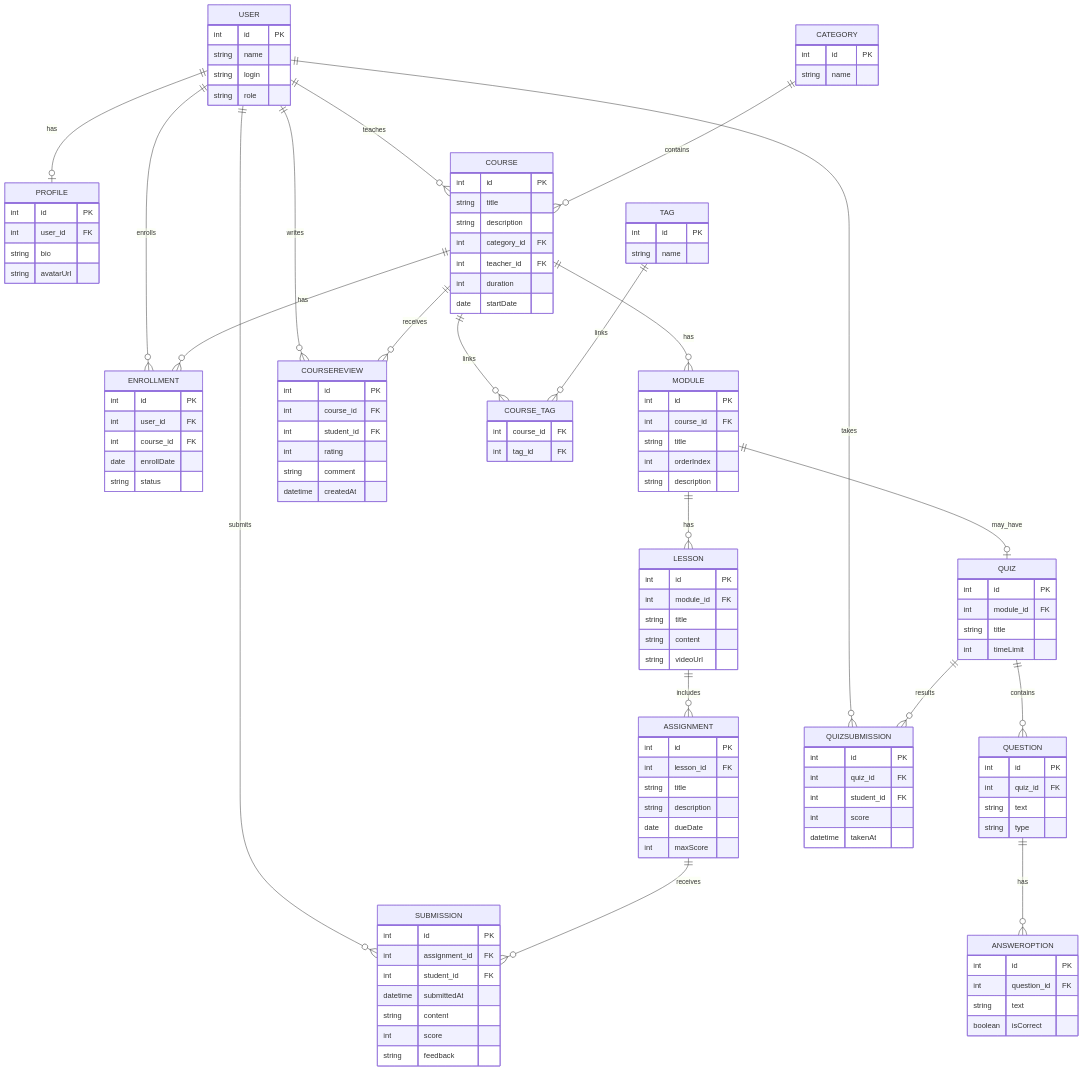
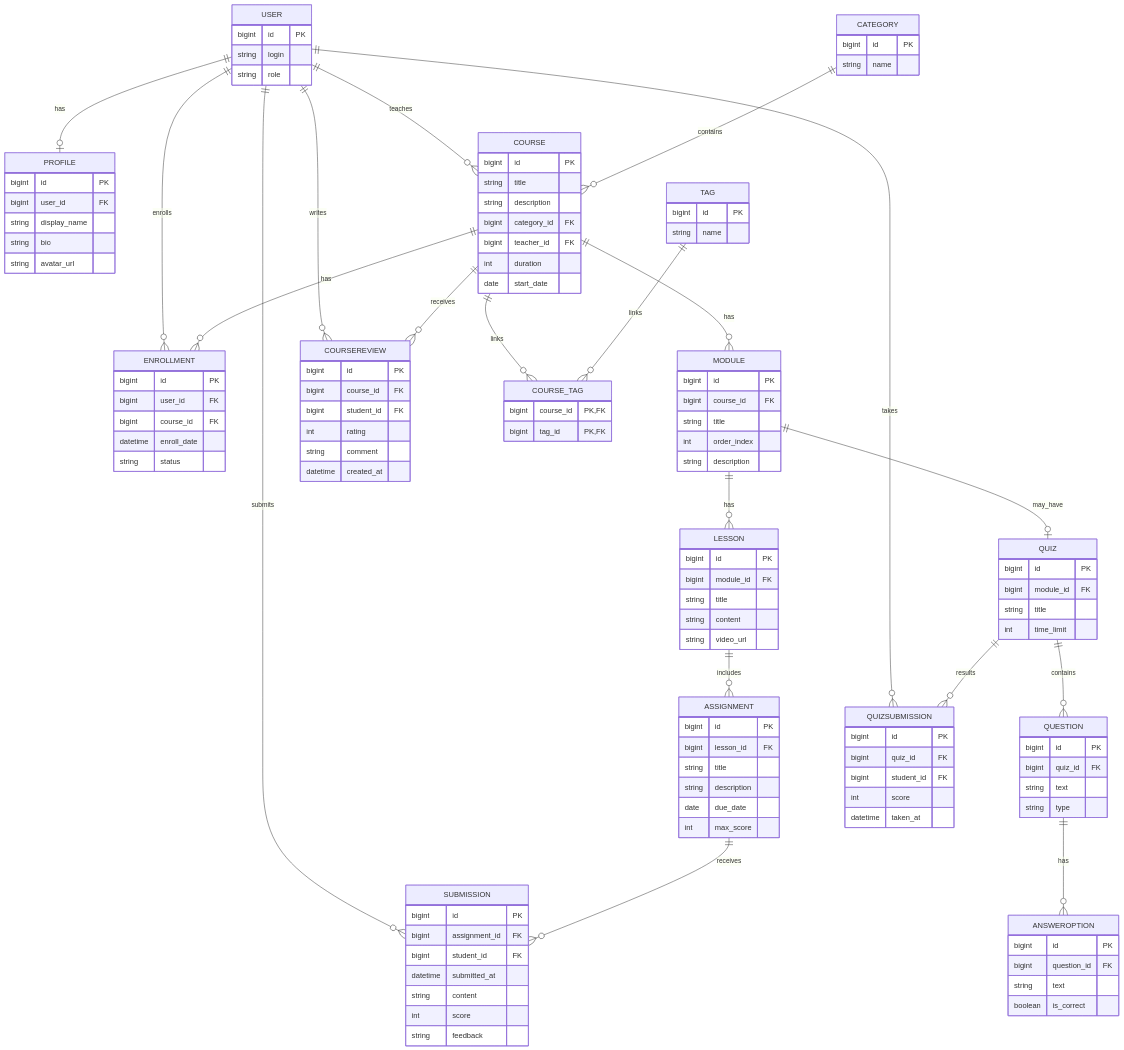
One commit to SergejLuzhin/SF-Studying-Platform-App changed the diagram in README.md. Above: the diagram before and after it, drawn with Mermaid. The commit also changed other lines of this file, not shown here.

````diff
--- a/README.md
+++ b/README.md
@@ -179,123 +182,123 @@
 ```mermaid
 erDiagram
     USER {
-        int id PK
-        string name
+        bigint id PK
         string login
         string role
     }
 
     PROFILE {
-        int id PK
-        int user_id FK
+        bigint id PK
+        bigint user_id FK
+        string display_name
         string bio
-        string avatarUrl
+        string avatar_url
     }
 
     COURSE {
-        int id PK
+        bigint id PK
         string title
         string description
-        int category_id FK
-        int teacher_id FK
+        bigint category_id FK
+        bigint teacher_id FK
         int duration
-        date startDate
+        date start_date
     }
 
     CATEGORY {
-        int id PK
+        bigint id PK
         string name
     }
 
     ENROLLMENT {
-        int id PK
-        int user_id FK
-        int course_id FK
-        date enrollDate
+        bigint id PK
+        bigint user_id FK
+        bigint course_id FK
+        datetime enroll_date
         string status
     }
 
     MODULE {
-        int id PK
-        int course_id FK
+        bigint id PK
+        bigint course_id FK
         string title
-        int orderIndex
+        int order_index
         string description
     }
 
     LESSON {
-        int id PK
-        int module_id FK
+        bigint id PK
+        bigint module_id FK
         string title
         string content
-        string videoUrl
+        string video_url
     }
 
     ASSIGNMENT {
-        int id PK
-        int lesson_id FK
+        bigint id PK
+        bigint lesson_id FK
         string title
         string description
-        date dueDate
-        int maxScore
+        date due_date
+        int max_score
     }
 
     SUBMISSION {
-        int id PK
-        int assignment_id FK
-        int student_id FK
-        datetime submittedAt
+        bigint id PK
+        bigint assignment_id FK
+        bigint student_id FK
+        datetime submitted_at
         string content
         int score
         string feedback
     }
 
     QUIZ {
-        int id PK
-        int module_id FK
+        bigint id PK
+        bigint module_id FK
         string title
-        int timeLimit
+        int time_limit
     }
 
     QUESTION {
-        int id PK
-        int quiz_id FK
+        bigint id PK
+        bigint quiz_id FK
         string text
         string type
     }
 
     ANSWEROPTION {
-        int id PK
-        int question_id FK
+        bigint id PK
+        bigint question_id FK
         string text
-        boolean isCorrect
+        boolean is_correct
     }
 
     QUIZSUBMISSION {
-        int id PK
-        int quiz_id FK
-        int student_id FK
+        bigint id PK
+        bigint quiz_id FK
+        bigint student_id FK
         int score
-        datetime takenAt
+        datetime taken_at
     }
 
     COURSEREVIEW {
-        int id PK
-        int course_id FK
-        int student_id FK
+        bigint id PK
+        bigint course_id FK
+        bigint student_id FK
         int rating
         string comment
-        datetime createdAt
+        datetime created_at
     }
 
     TAG {
-        int id PK
+        bigint id PK
         string name
     }
 
     COURSE_TAG {
-        int course_id FK
-        int tag_id FK
+        bigint course_id PK,FK
+        bigint tag_id PK,FK
     }
 
     USER ||--o| PROFILE : has
````
